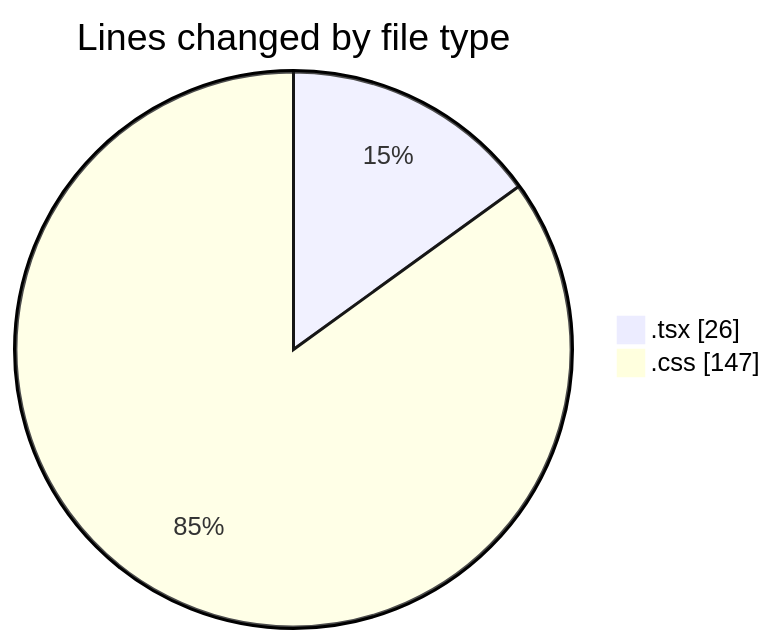
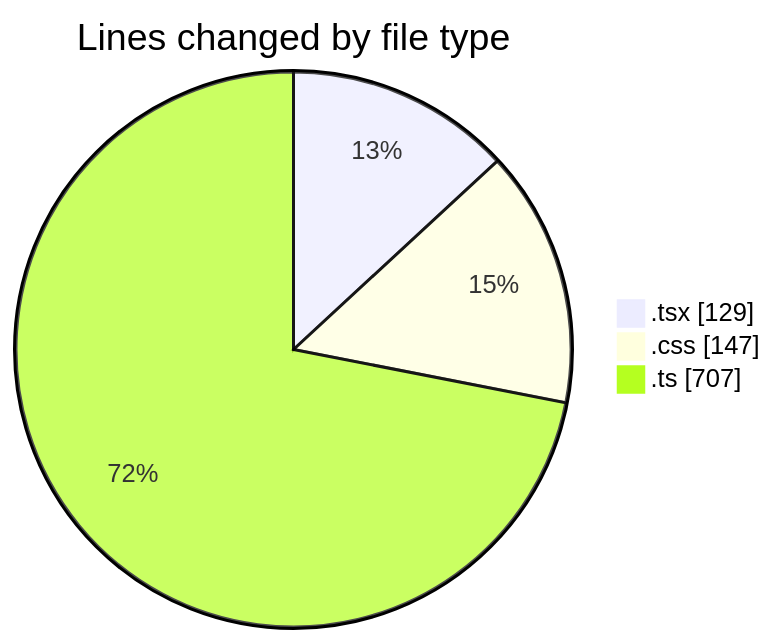
Before and after one commit to nxtqubesakshisongat/code-tracking: the first of 2 diagrams in 2026-08-14/nxtqube_webapp/README.md, drawn with Mermaid. The commit also changed other lines of this file and 1 other file, not shown here.

````diff
--- a/2026-08-14/nxtqube_webapp/README.md
+++ b/2026-08-14/nxtqube_webapp/README.md
@@ -21,6 +23,7 @@
 ```mermaid
 pie showData
 title Lines changed by file type
-".tsx" : 26
+".tsx" : 129
 ".css" : 147
+".ts" : 707
 ```
````
